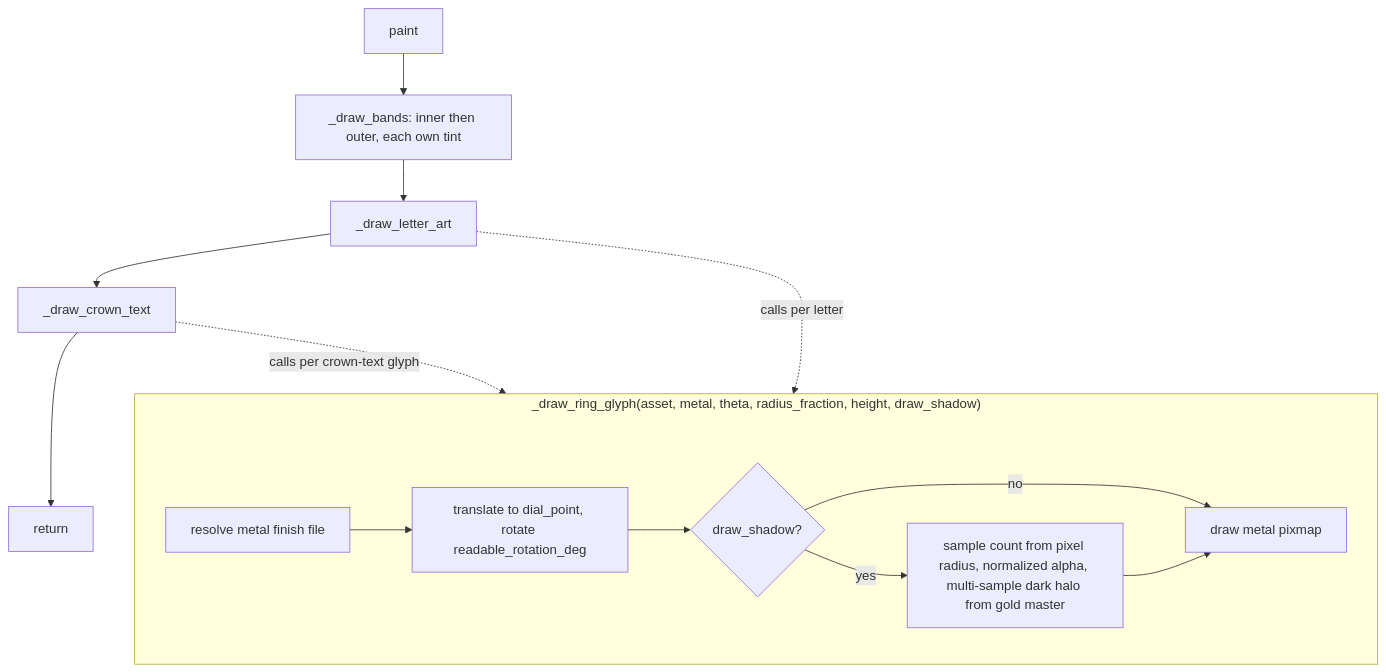
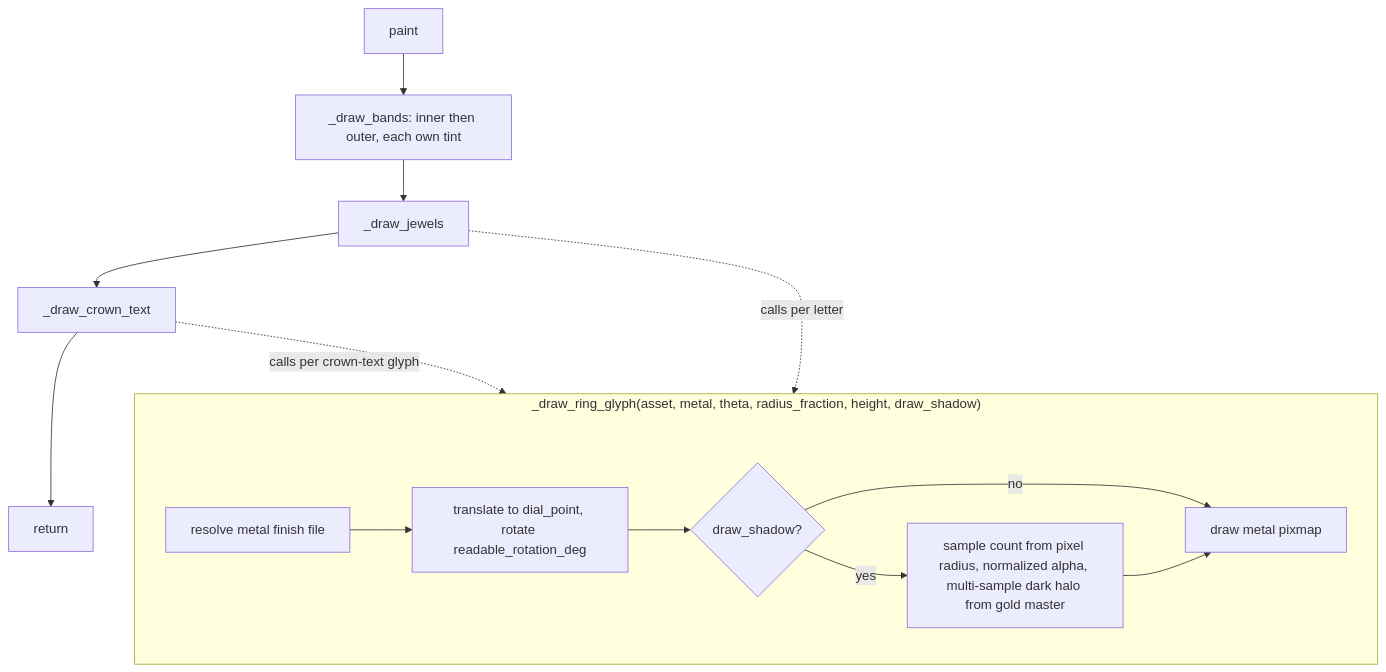
Before and after one commit to UVuruna/Watch-Academy: the diagram in render/layers/__flow/ring.md, drawn with Mermaid. The commit also changed other lines of this file and 62 other files, not shown here.

````diff
--- a/render/layers/__flow/ring.md
+++ b/render/layers/__flow/ring.md
@@ -7,15 +7,15 @@
 ```mermaid
 %%{init: {'flowchart': {'subGraphTitleMargin': {'top': 0, 'bottom': 35}}}}%%
 flowchart TB
     A[paint] --> B[_draw_bands: inner then outer, each own tint]
-    B --> D[_draw_letter_art] --> E[_draw_crown_text] --> Z1[return]
+    B --> D[_draw_jewels] --> E[_draw_crown_text] --> Z1[return]
     subgraph GLYPH["_draw_ring_glyph(asset, metal, theta, radius_fraction, height, draw_shadow)"]
         J[resolve metal finish file] --> L[translate to dial_point, rotate readable_rotation_deg]
         L --> S{draw_shadow?}
         S -->|yes| K[sample count from pixel radius, normalized alpha, multi-sample dark halo from gold master]
         S -->|no| M
         K --> M[draw metal pixmap]
     end
     D -.calls per letter.-> GLYPH
     E -.calls per crown-text glyph.-> GLYPH
 ```
````
